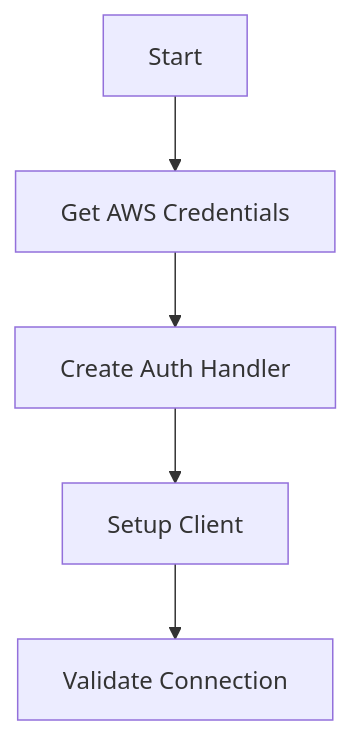
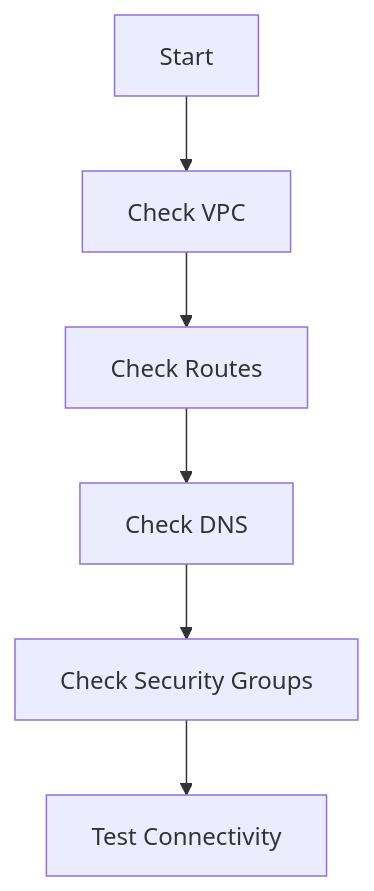
One commit to Inkmortal/LLM_Benchmarking changed the second of 4 diagrams in cline_memory/systemPatterns.md. Above: the diagram before and after it, drawn with Mermaid. The commit also changed other lines of this file and 4 other files, not shown here.

````diff
--- a/cline_memory/systemPatterns.md
+++ b/cline_memory/systemPatterns.md
@@ -24,7 +23,8 @@
 ```mermaid
 flowchart TD
-    Start[Start] --> GetCreds[Get AWS Credentials]
-    GetCreds --> CreateAuth[Create Auth Handler]
-    CreateAuth --> SetupClient[Setup Client]
-    SetupClient --> ValidateConn[Validate Connection]
+    Start[Start] --> VPC[Check VPC]
+    VPC --> Routes[Check Routes]
+    Routes --> DNS[Check DNS]
+    DNS --> SG[Check Security Groups]
+    SG --> Test[Test Connectivity]
 ```
````
